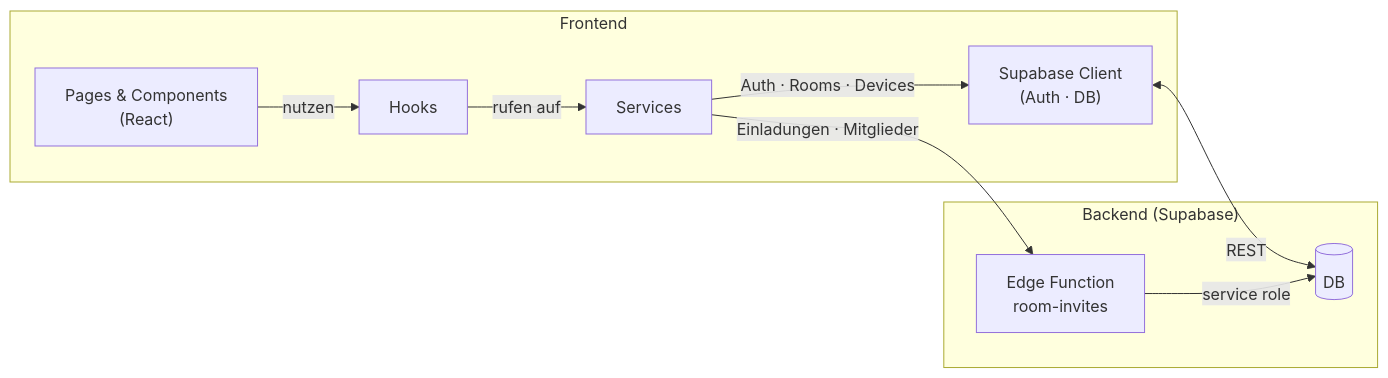
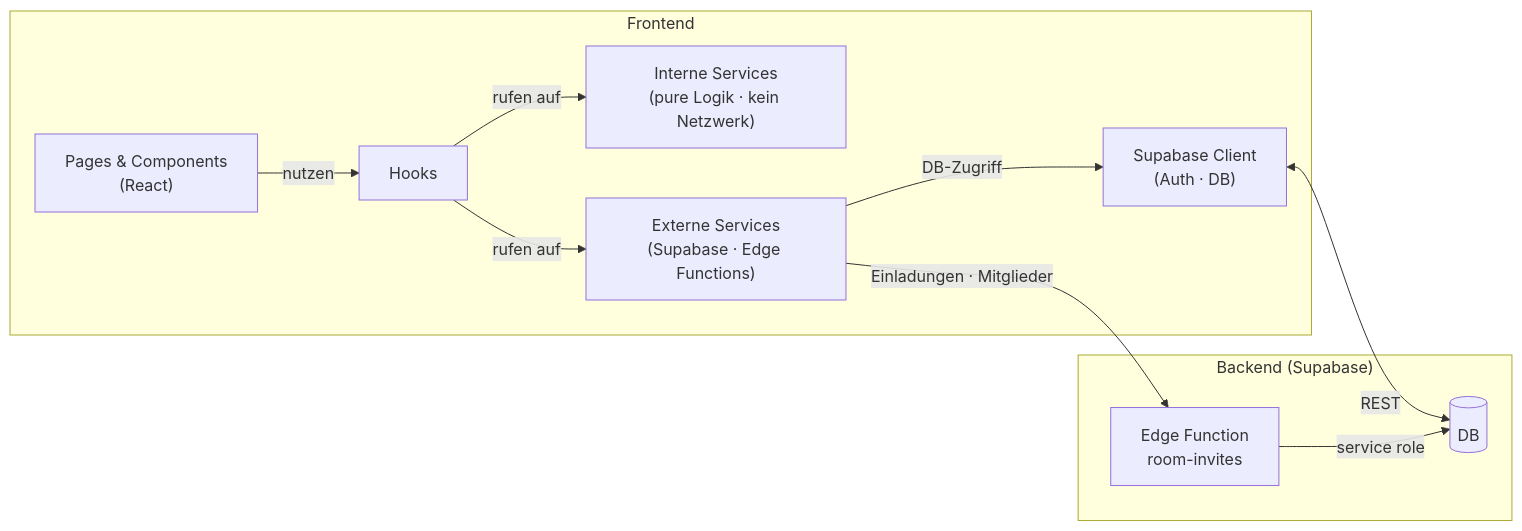
One commit to jku-win-se/teaching-2026.ss.prse.braeuer.team5 changed the second of 4 diagrams in docs/uml-diagram.md. Above: the diagram before and after it, drawn with Mermaid. The commit also changed other lines of this file, not shown here.

Commit message:
#86 [0.2h] Upgrade UML Diagramme fuer release v0.2.0

````diff
--- a/docs/uml-diagram.md
+++ b/docs/uml-diagram.md
@@ -58,21 +77,23 @@
 ```mermaid
 graph LR
     subgraph Frontend["Frontend"]
         pages["Pages & Components\n(React)"]
         hooks["Hooks"]
-        services["Services"]
-        supabase["Supabase Client\n(Auth · DB)"]
+        intSvc["Interne Services\n(pure Logik · kein Netzwerk)"]
+        extSvc["Externe Services\n(Supabase · Edge Functions)"]
+        supabaseClient["Supabase Client\n(Auth · DB)"]
     end
 
     subgraph Backend["Backend (Supabase)"]
         edgeFn["Edge Function\nroom-invites"]
         db[("DB")]
     end
 
     pages -->|"nutzen"| hooks
-    hooks -->|"rufen auf"| services
-    services -->|"Auth · Rooms · Devices"| supabase
-    services -->|"Einladungen · Mitglieder"| edgeFn
-    supabase <-->|"REST"| db
+    hooks -->|"rufen auf"| intSvc
+    hooks -->|"rufen auf"| extSvc
+    extSvc -->|"DB-Zugriff"| supabaseClient
+    extSvc -->|"Einladungen · Mitglieder"| edgeFn
+    supabaseClient <-->|"REST"| db
     edgeFn -->|"service role"| db
 ```
````
